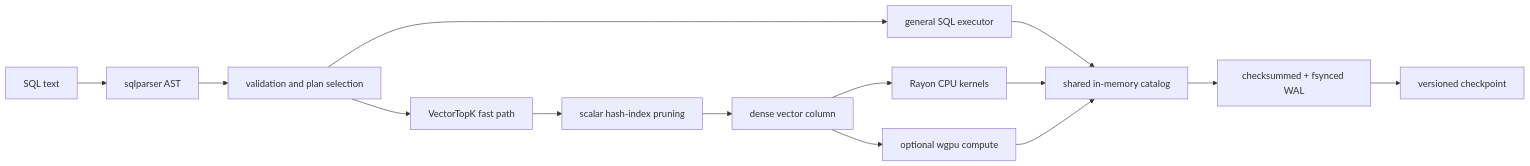
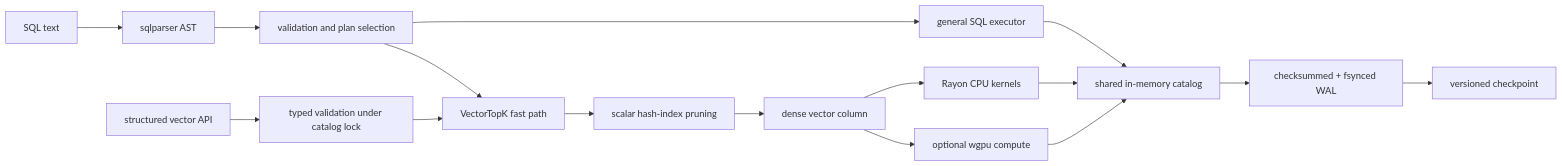
One commit to kamilsj/vectors changed the diagram in docs/ARCHITECTURE.md. Above: the diagram before and after it, drawn with Mermaid. The commit also changed other lines of this file and 71 other files, not shown here.

First line of the commit message:
Add graph-aware RAG retrieval and database management tools

````diff
--- a/docs/ARCHITECTURE.md
+++ b/docs/ARCHITECTURE.md
@@ -10,16 +10,18 @@
 ```mermaid
 flowchart LR
     SQL["SQL text"] --> Parser["sqlparser AST"]
     Parser --> Planner["validation and plan selection"]
     Planner --> General["general SQL executor"]
     Planner --> TopK["VectorTopK fast path"]
+    JSON["structured vector API"] --> Typed["typed validation under catalog lock"]
+    Typed --> TopK
     General --> Catalog["shared in-memory catalog"]
     TopK --> Index["scalar hash-index pruning"]
     Index --> Dense["dense vector column"]
     Dense --> CPU["Rayon CPU kernels"]
     Dense --> GPU["optional wgpu compute"]
     CPU --> Catalog
     GPU --> Catalog
     Catalog --> WAL["checksummed + fsynced WAL"]
     WAL --> Snapshot["versioned checkpoint"]
 ```
````
